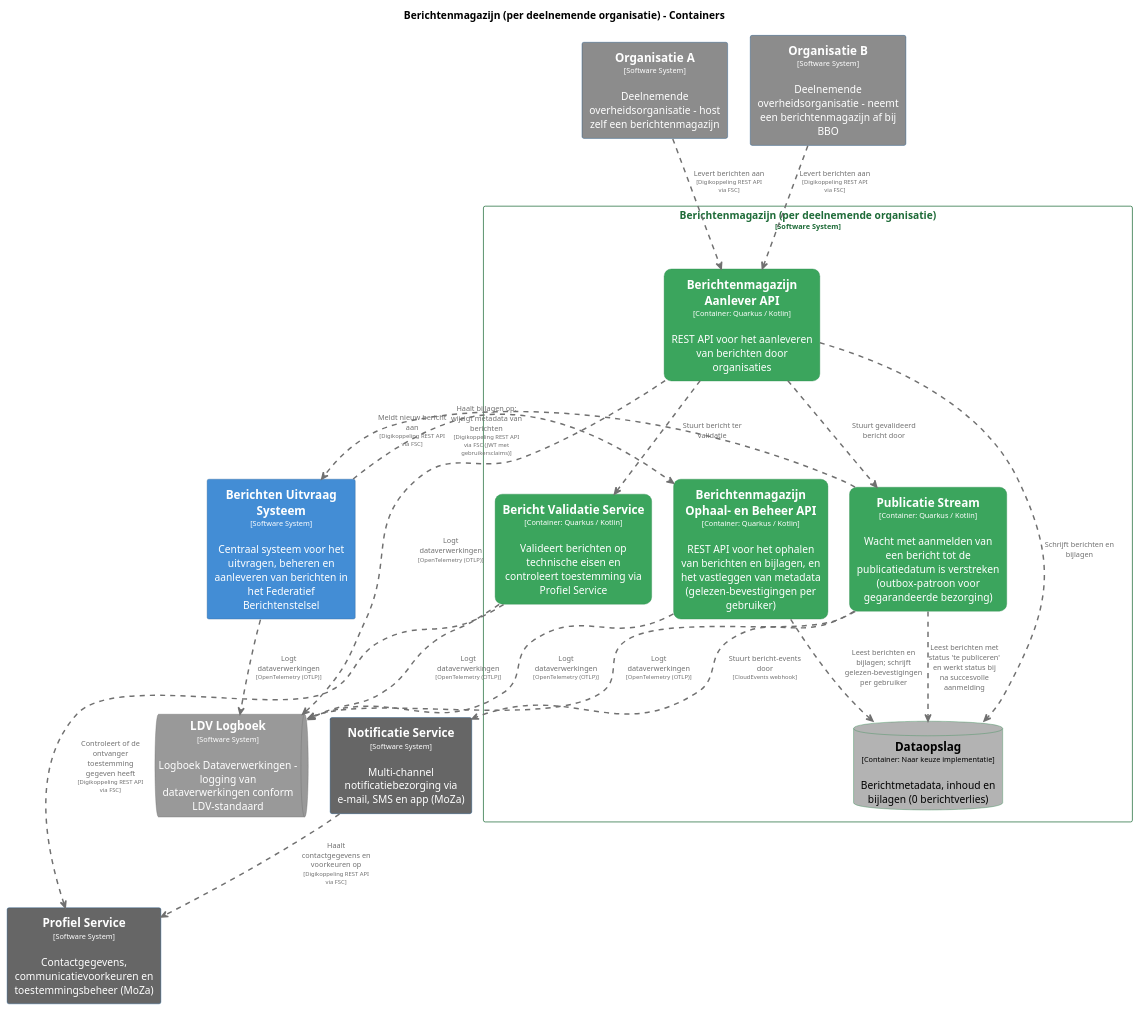
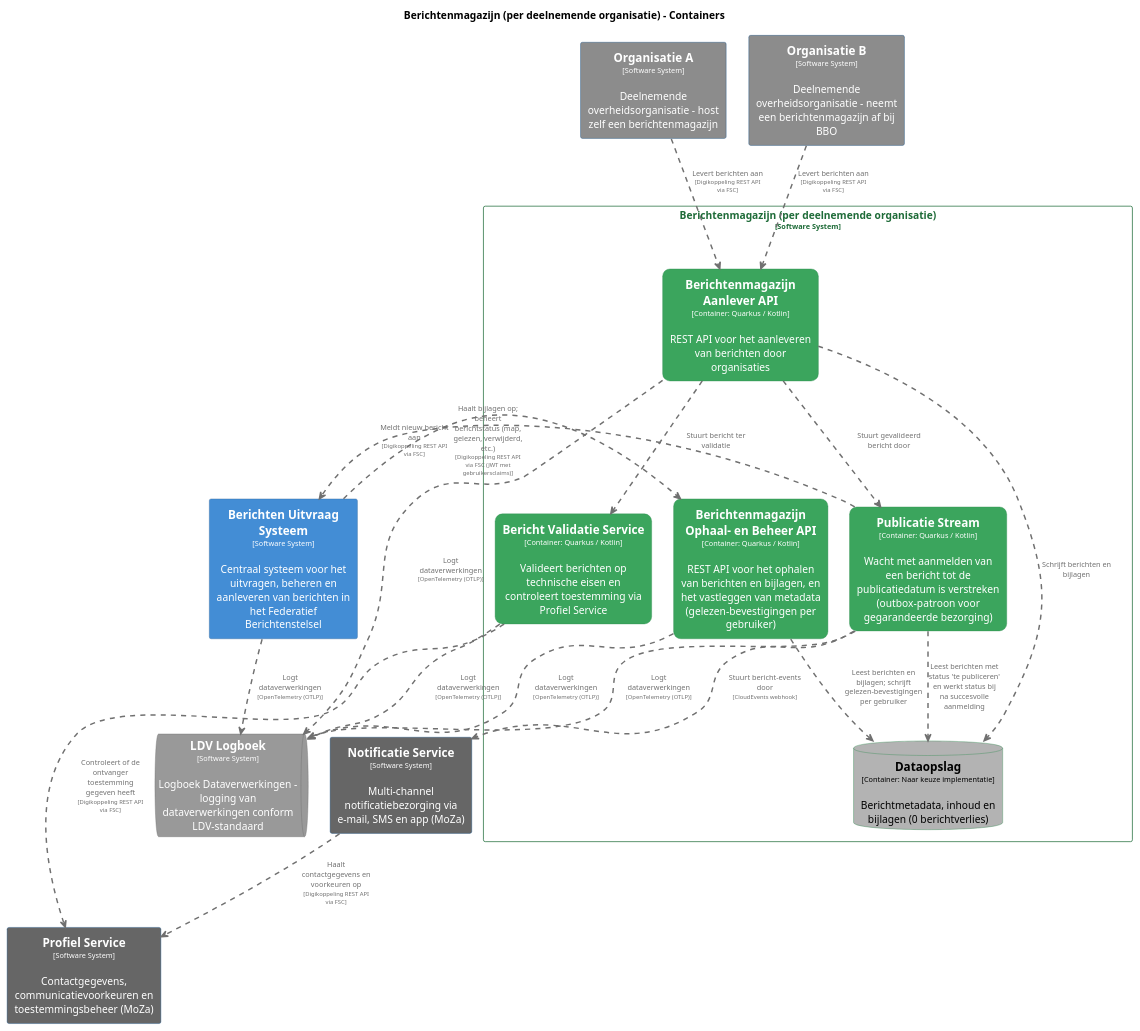
The diagram in pr-preview/pr-22/master/puml/BerichtenmagazijnContainers.puml (MinBZK/moza-poc-fbs-berichtenbox), drawn with PlantUML before and after one commit. The commit also changed 17 other files, not shown here.

```diff
--- a/pr-preview/pr-22/master/puml/BerichtenmagazijnContainers.puml
+++ b/pr-preview/pr-22/master/puml/BerichtenmagazijnContainers.puml
@@ -1,126 +1,126 @@
 @startuml
 set separator none
 title Berichtenmagazijn (per deelnemende organisatie) - Containers
 
 top to bottom direction
 skinparam ranksep 60
 skinparam nodesep 30
 
 skinparam {
   arrowFontSize 10
   defaultTextAlignment center
   wrapWidth 200
   maxMessageSize 100
 }
 
 hide stereotype
 
 skinparam rectangle<<Berichtenmagazijnperdeelnemendeorganisatie.BerichtValidatieService>> {
   BackgroundColor #3ba55d
   FontColor #ffffff
   BorderColor #2d8a4e
   roundCorner 20
   shadowing false
 }
 skinparam rectangle<<BerichtenUitvraagSysteem>> {
   BackgroundColor #438dd5
   FontColor #ffffff
   BorderColor #2e6295
   shadowing false
 }
 skinparam rectangle<<Berichtenmagazijnperdeelnemendeorganisatie.BerichtenmagazijnAanleverAPI>> {
   BackgroundColor #3ba55d
   FontColor #ffffff
   BorderColor #2d8a4e
   roundCorner 20
   shadowing false
 }
 skinparam rectangle<<Berichtenmagazijnperdeelnemendeorganisatie.BerichtenmagazijnOphaalenBeheerAPI>> {
   BackgroundColor #3ba55d
   FontColor #ffffff
   BorderColor #2d8a4e
   roundCorner 20
   shadowing false
 }
 skinparam database<<Berichtenmagazijnperdeelnemendeorganisatie.Dataopslag>> {
   BackgroundColor #b3b3b3
   FontColor #000000
   BorderColor #2d8a4e
   shadowing false
 }
 skinparam queue<<LDVLogboek>> {
   BackgroundColor #999999
   FontColor #ffffff
   BorderColor #6b6b6b
   shadowing false
 }
 skinparam rectangle<<NotificatieService>> {
   BackgroundColor #666666
   FontColor #ffffff
   BorderColor #0b4884
   shadowing false
 }
 skinparam rectangle<<OrganisatieA>> {
   BackgroundColor #8c8c8c
   FontColor #ffffff
   BorderColor #0b4884
   shadowing false
 }
 skinparam rectangle<<OrganisatieB>> {
   BackgroundColor #8c8c8c
   FontColor #ffffff
   BorderColor #0b4884
   shadowing false
 }
 skinparam rectangle<<ProfielService>> {
   BackgroundColor #666666
   FontColor #ffffff
   BorderColor #0b4884
   shadowing false
 }
 skinparam rectangle<<Berichtenmagazijnperdeelnemendeorganisatie.PublicatieStream>> {
   BackgroundColor #3ba55d
   FontColor #ffffff
   BorderColor #2d8a4e
   roundCorner 20
   shadowing false
 }
 skinparam rectangle<<Berichtenmagazijnperdeelnemendeorganisatie>> {
   BorderColor #1e6b38
   FontColor #1e6b38
   shadowing false
 }
 
 rectangle "==Profiel Service\n<size:10>[Software System]</size>\n\nContactgegevens, communicatievoorkeuren en toestemmingsbeheer (MoZa)" <<ProfielService>> as ProfielService
 rectangle "==Notificatie Service\n<size:10>[Software System]</size>\n\nMulti-channel notificatiebezorging via e-mail, SMS en app (MoZa)" <<NotificatieService>> as NotificatieService
 rectangle "==Organisatie A\n<size:10>[Software System]</size>\n\nDeelnemende overheidsorganisatie - host zelf een berichtenmagazijn" <<OrganisatieA>> as OrganisatieA
 rectangle "==Organisatie B\n<size:10>[Software System]</size>\n\nDeelnemende overheidsorganisatie - neemt een berichtenmagazijn af bij BBO" <<OrganisatieB>> as OrganisatieB
 rectangle "==Berichten Uitvraag Systeem\n<size:10>[Software System]</size>\n\nCentraal systeem voor het uitvragen, beheren en aanleveren van berichten in het Federatief Berichtenstelsel" <<BerichtenUitvraagSysteem>> as BerichtenUitvraagSysteem
 queue "==LDV Logboek\n<size:10>[Software System]</size>\n\nLogboek Dataverwerkingen - logging van dataverwerkingen conform LDV-standaard" <<LDVLogboek>> as LDVLogboek
 
 rectangle "Berichtenmagazijn (per deelnemende organisatie)\n<size:10>[Software System]</size>" <<Berichtenmagazijnperdeelnemendeorganisatie>> {
   rectangle "==Berichtenmagazijn Ophaal- en Beheer API\n<size:10>[Container: Quarkus / Kotlin]</size>\n\nREST API voor het ophalen van berichten en bijlagen, en het vastleggen van metadata (gelezen-bevestigingen per gebruiker)" <<Berichtenmagazijnperdeelnemendeorganisatie.BerichtenmagazijnOphaalenBeheerAPI>> as Berichtenmagazijnperdeelnemendeorganisatie.BerichtenmagazijnOphaalenBeheerAPI
   rectangle "==Berichtenmagazijn Aanlever API\n<size:10>[Container: Quarkus / Kotlin]</size>\n\nREST API voor het aanleveren van berichten door organisaties" <<Berichtenmagazijnperdeelnemendeorganisatie.BerichtenmagazijnAanleverAPI>> as Berichtenmagazijnperdeelnemendeorganisatie.BerichtenmagazijnAanleverAPI
   database "==Dataopslag\n<size:10>[Container: Naar keuze implementatie]</size>\n\nBerichtmetadata, inhoud en bijlagen (0 berichtverlies)" <<Berichtenmagazijnperdeelnemendeorganisatie.Dataopslag>> as Berichtenmagazijnperdeelnemendeorganisatie.Dataopslag
   rectangle "==Bericht Validatie Service\n<size:10>[Container: Quarkus / Kotlin]</size>\n\nValideert berichten op technische eisen en controleert toestemming via Profiel Service" <<Berichtenmagazijnperdeelnemendeorganisatie.BerichtValidatieService>> as Berichtenmagazijnperdeelnemendeorganisatie.BerichtValidatieService
   rectangle "==Publicatie Stream\n<size:10>[Container: Quarkus / Kotlin]</size>\n\nWacht met aanmelden van een bericht tot de publicatiedatum is verstreken (outbox-patroon voor gegarandeerde bezorging)" <<Berichtenmagazijnperdeelnemendeorganisatie.PublicatieStream>> as Berichtenmagazijnperdeelnemendeorganisatie.PublicatieStream
 }
 
 Berichtenmagazijnperdeelnemendeorganisatie.BerichtenmagazijnOphaalenBeheerAPI .[#707070,thickness=2].> LDVLogboek : "<color:#707070>Logt dataverwerkingen\n<color:#707070><size:8>[OpenTelemetry (OTLP)]</size>"
 Berichtenmagazijnperdeelnemendeorganisatie.BerichtenmagazijnAanleverAPI .[#707070,thickness=2].> LDVLogboek : "<color:#707070>Logt dataverwerkingen\n<color:#707070><size:8>[OpenTelemetry (OTLP)]</size>"
 Berichtenmagazijnperdeelnemendeorganisatie.BerichtValidatieService .[#707070,thickness=2].> LDVLogboek : "<color:#707070>Logt dataverwerkingen\n<color:#707070><size:8>[OpenTelemetry (OTLP)]</size>"
 BerichtenUitvraagSysteem .[#707070,thickness=2].> LDVLogboek : "<color:#707070>Logt dataverwerkingen\n<color:#707070><size:8>[OpenTelemetry (OTLP)]</size>"
 Berichtenmagazijnperdeelnemendeorganisatie.PublicatieStream .[#707070,thickness=2].> LDVLogboek : "<color:#707070>Logt dataverwerkingen\n<color:#707070><size:8>[OpenTelemetry (OTLP)]</size>"
 Berichtenmagazijnperdeelnemendeorganisatie.BerichtenmagazijnOphaalenBeheerAPI .[#707070,thickness=2].> Berichtenmagazijnperdeelnemendeorganisatie.Dataopslag : "<color:#707070>Leest berichten en bijlagen; schrijft gelezen-bevestigingen per gebruiker"
 Berichtenmagazijnperdeelnemendeorganisatie.BerichtenmagazijnAanleverAPI .[#707070,thickness=2].> Berichtenmagazijnperdeelnemendeorganisatie.Dataopslag : "<color:#707070>Schrijft berichten en bijlagen"
 Berichtenmagazijnperdeelnemendeorganisatie.BerichtenmagazijnAanleverAPI .[#707070,thickness=2].> Berichtenmagazijnperdeelnemendeorganisatie.BerichtValidatieService : "<color:#707070>Stuurt bericht ter validatie"
 Berichtenmagazijnperdeelnemendeorganisatie.BerichtenmagazijnAanleverAPI .[#707070,thickness=2].> Berichtenmagazijnperdeelnemendeorganisatie.PublicatieStream : "<color:#707070>Stuurt gevalideerd bericht door"
 Berichtenmagazijnperdeelnemendeorganisatie.PublicatieStream .[#707070,thickness=2].> Berichtenmagazijnperdeelnemendeorganisatie.Dataopslag : "<color:#707070>Leest berichten met status 'te publiceren' en werkt status bij na succesvolle aanmelding"
-BerichtenUitvraagSysteem .[#707070,thickness=2].> Berichtenmagazijnperdeelnemendeorganisatie.BerichtenmagazijnOphaalenBeheerAPI : "<color:#707070>Haalt bijlagen op; wijzigt metadata van berichten\n<color:#707070><size:8>[Digikoppeling REST API via FSC (JWT met gebruikersclaims)]</size>"
+BerichtenUitvraagSysteem .[#707070,thickness=2].> Berichtenmagazijnperdeelnemendeorganisatie.BerichtenmagazijnOphaalenBeheerAPI : "<color:#707070>Haalt bijlagen op; beheert berichtstatus (map, gelezen, verwijderd, etc.)\n<color:#707070><size:8>[Digikoppeling REST API via FSC (JWT met gebruikersclaims)]</size>"
 Berichtenmagazijnperdeelnemendeorganisatie.PublicatieStream .[#707070,thickness=2].> BerichtenUitvraagSysteem : "<color:#707070>Meldt nieuw bericht aan\n<color:#707070><size:8>[Digikoppeling REST API via FSC]</size>"
 Berichtenmagazijnperdeelnemendeorganisatie.PublicatieStream .[#707070,thickness=2].> NotificatieService : "<color:#707070>Stuurt bericht-events door\n<color:#707070><size:8>[CloudEvents webhook]</size>"
 NotificatieService .[#707070,thickness=2].> ProfielService : "<color:#707070>Haalt contactgegevens en voorkeuren op\n<color:#707070><size:8>[Digikoppeling REST API via FSC]</size>"
 OrganisatieA .[#707070,thickness=2].> Berichtenmagazijnperdeelnemendeorganisatie.BerichtenmagazijnAanleverAPI : "<color:#707070>Levert berichten aan\n<color:#707070><size:8>[Digikoppeling REST API via FSC]</size>"
 OrganisatieB .[#707070,thickness=2].> Berichtenmagazijnperdeelnemendeorganisatie.BerichtenmagazijnAanleverAPI : "<color:#707070>Levert berichten aan\n<color:#707070><size:8>[Digikoppeling REST API via FSC]</size>"
 Berichtenmagazijnperdeelnemendeorganisatie.BerichtValidatieService .[#707070,thickness=2].> ProfielService : "<color:#707070>Controleert of de ontvanger toestemming gegeven heeft\n<color:#707070><size:8>[Digikoppeling REST API via FSC]</size>"
 @enduml
```
